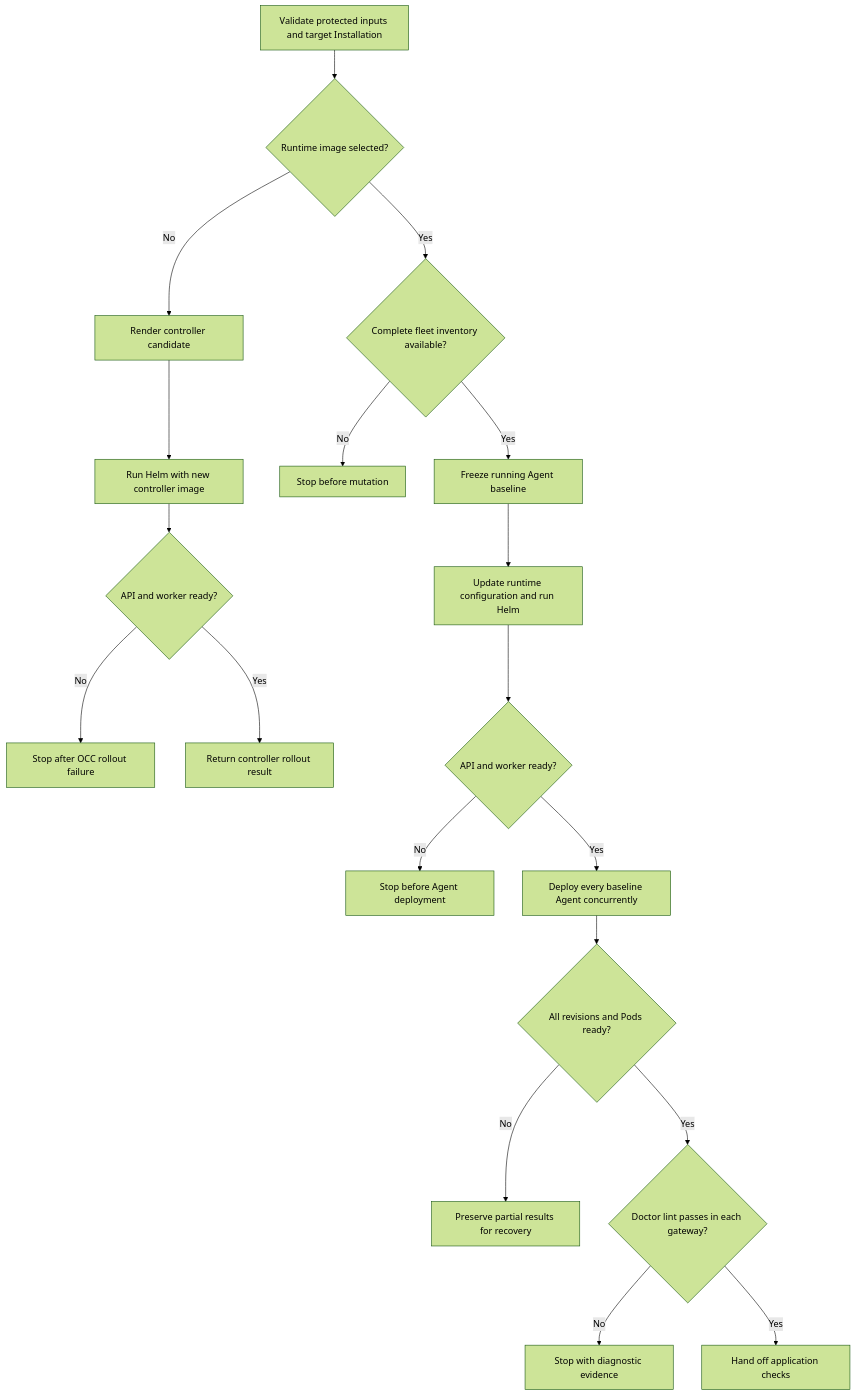
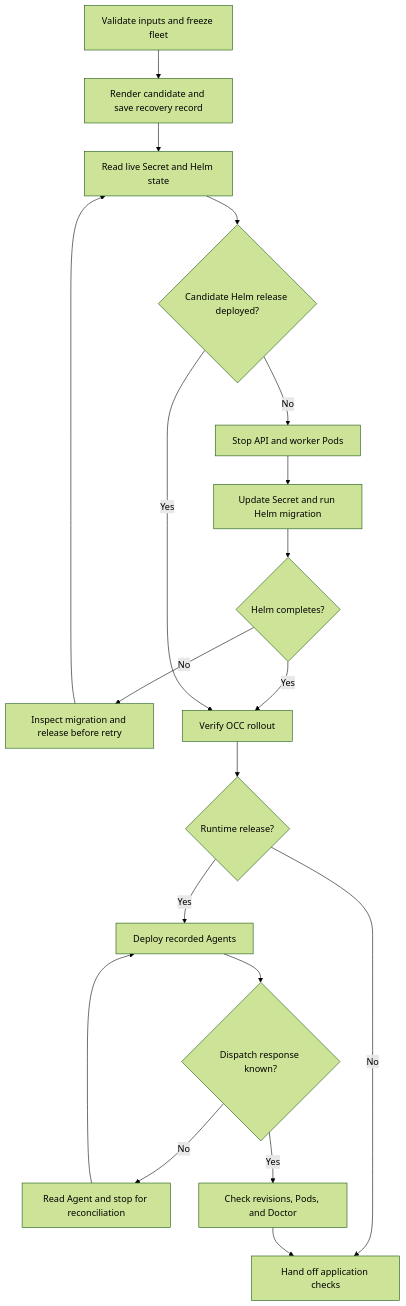
Before and after one commit to IsaiahStapleton/openclaw-enterprise: the diagram in docs/flows/coordinated-production-upgrade.md, drawn with Mermaid (forest theme). The commit also changed other lines of this file and 7 other files, not shown here.

````diff
--- a/docs/flows/coordinated-production-upgrade.md
+++ b/docs/flows/coordinated-production-upgrade.md
@@ -31,21 +31,21 @@
 ```mermaid
 graph TD
-    A["Validate protected inputs and target Installation"] --> B{"Runtime image selected?"}
-    B -->|No| C["Render controller candidate"]
-    C --> D["Run Helm with new controller image"]
-    D --> E{"API and worker ready?"}
-    E -->|No| F["Stop after OCC rollout failure"]
-    E -->|Yes| G["Return controller rollout result"]
-    B -->|Yes| H{"Complete fleet inventory available?"}
-    H -->|No| I["Stop before mutation"]
-    H -->|Yes| J["Freeze running Agent baseline"]
-    J --> K["Update runtime configuration and run Helm"]
-    K --> L{"API and worker ready?"}
-    L -->|No| M["Stop before Agent deployment"]
-    L -->|Yes| N["Deploy every baseline Agent concurrently"]
-    N --> O{"All revisions and Pods ready?"}
-    O -->|No| P["Preserve partial results for recovery"]
-    O -->|Yes| Q{"Doctor lint passes in each gateway?"}
-    Q -->|No| R["Stop with diagnostic evidence"]
-    Q -->|Yes| S["Hand off application checks"]
+    A["Validate inputs and freeze fleet"] --> B["Render candidate and save recovery record"]
+    B --> C["Read live Secret and Helm state"]
+    C --> D{"Candidate Helm release deployed?"}
+    D -->|No| E["Stop API and worker Pods"]
+    E --> F["Update Secret and run Helm migration"]
+    F --> G{"Helm completes?"}
+    G -->|No| H["Inspect migration and release before retry"]
+    H --> C
+    G -->|Yes| I["Verify OCC rollout"]
+    D -->|Yes| I
+    I --> J{"Runtime release?"}
+    J -->|No| K["Hand off application checks"]
+    J -->|Yes| L["Deploy recorded Agents"]
+    L --> M{"Dispatch response known?"}
+    M -->|No| N["Read Agent and stop for reconciliation"]
+    N --> L
+    M -->|Yes| O["Check revisions, Pods, and Doctor"]
+    O --> K
 ```
````
